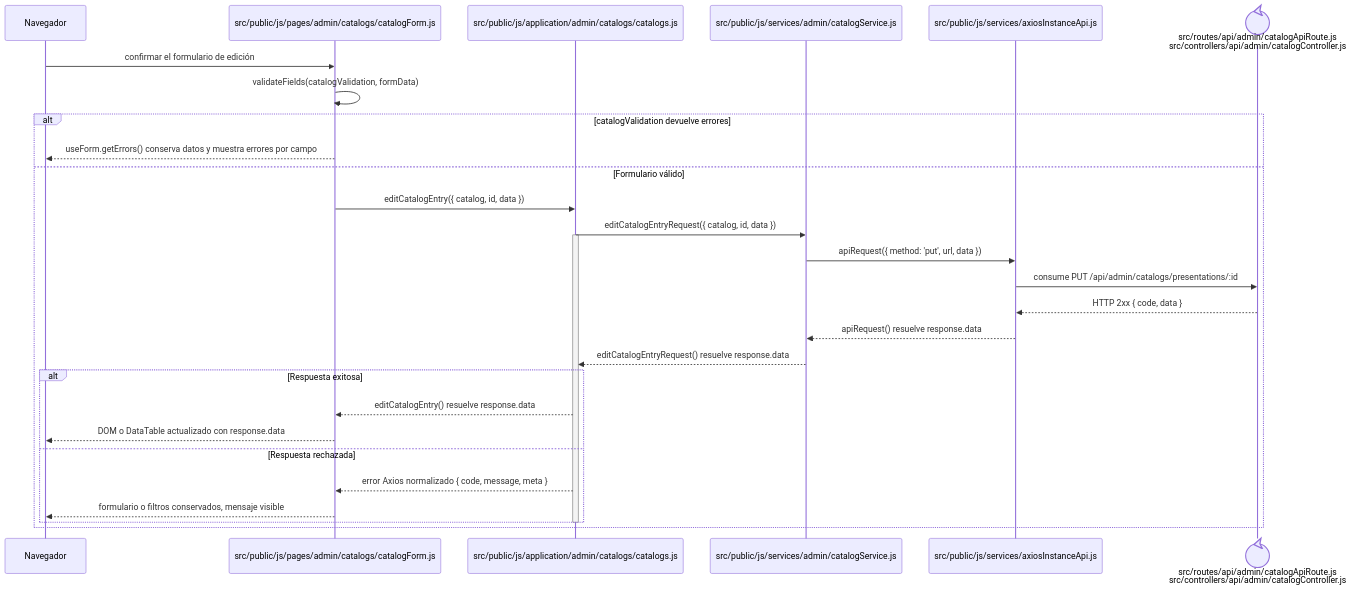
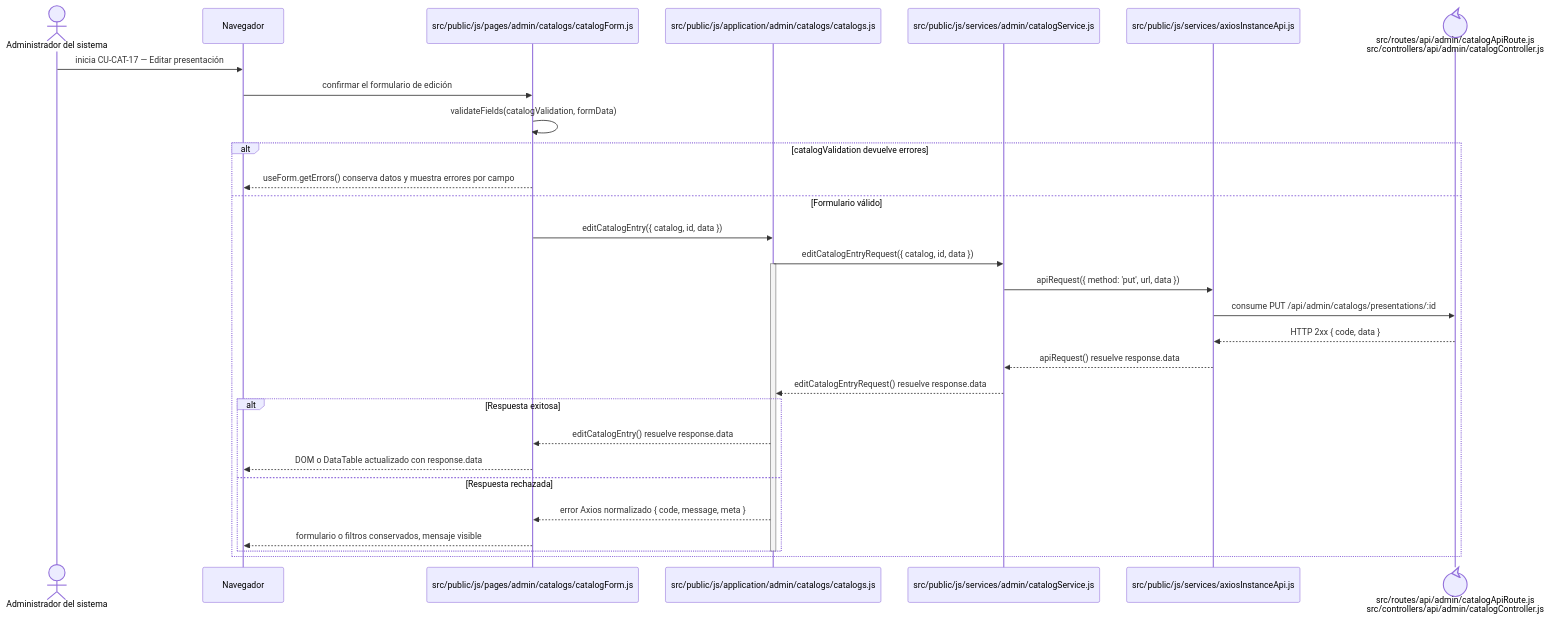
One commit to gpgsistemas01/nexus changed the diagram in docs/architecture/frontend-code-sequences/catalogs/cu-cat-17.md. Above: the diagram before and after it, drawn with Mermaid. The commit also changed 105 other files, not shown here.

````diff
--- a/docs/architecture/frontend-code-sequences/catalogs/cu-cat-17.md
+++ b/docs/architecture/frontend-code-sequences/catalogs/cu-cat-17.md
@@ -6,32 +6,34 @@
 ```mermaid
 sequenceDiagram
+    actor Initiator as Administrador del sistema
     participant Browser as Navegador
     participant View as src/public/js/pages/admin/catalogs/catalogForm.js
     participant Application as src/public/js/application/admin/catalogs/catalogs.js
     participant Request as src/public/js/services/admin/catalogService.js
     participant HTTP as src/public/js/services/axiosInstanceApi.js
     participant Transport@{ "type": "control" } as src/routes/api/admin/catalogApiRoute.js<br/>src/controllers/api/admin/catalogController.js
 
+    Initiator->>Browser: inicia CU-CAT-17 — Editar presentación
     Browser->>View: confirmar el formulario de edición
     View->>View: validateFields(catalogValidation, formData)
     alt catalogValidation devuelve errores
         View-->>Browser: useForm.getErrors() conserva datos y muestra errores por campo
     else Formulario válido
         View->>Application: editCatalogEntry({ catalog, id, data })
         Application->>Request: editCatalogEntryRequest({ catalog, id, data })
         activate Application
         Request->>HTTP: apiRequest({ method: 'put', url, data })
         HTTP->>Transport: consume PUT /api/admin/catalogs/presentations/:id
         Transport-->>HTTP: HTTP 2xx { code, data }
         HTTP-->>Request: apiRequest() resuelve response.data
         Request-->>Application: editCatalogEntryRequest() resuelve response.data
         alt Respuesta exitosa
             Application-->>View: editCatalogEntry() resuelve response.data
             View-->>Browser: DOM o DataTable actualizado con response.data
         else Respuesta rechazada
             Application-->>View: error Axios normalizado { code, message, meta }
             View-->>Browser: formulario o filtros conservados, mensaje visible
         end
         deactivate Application
     end
 ```
````
